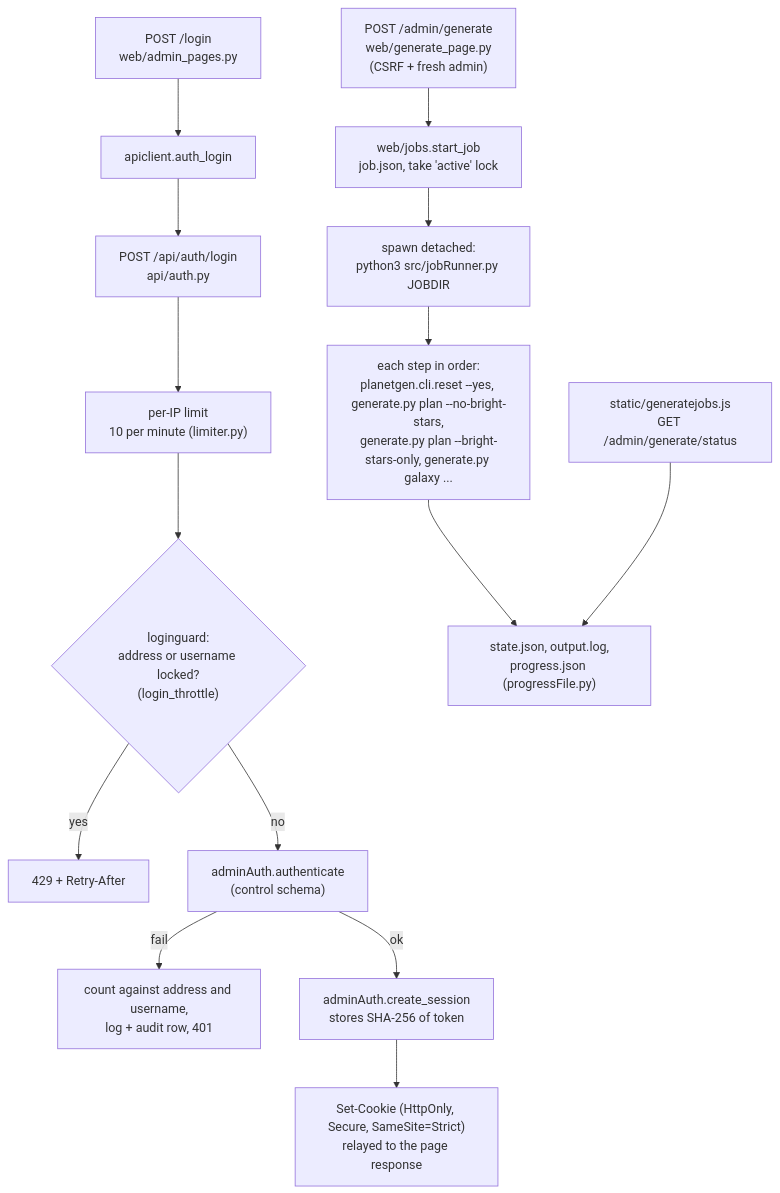
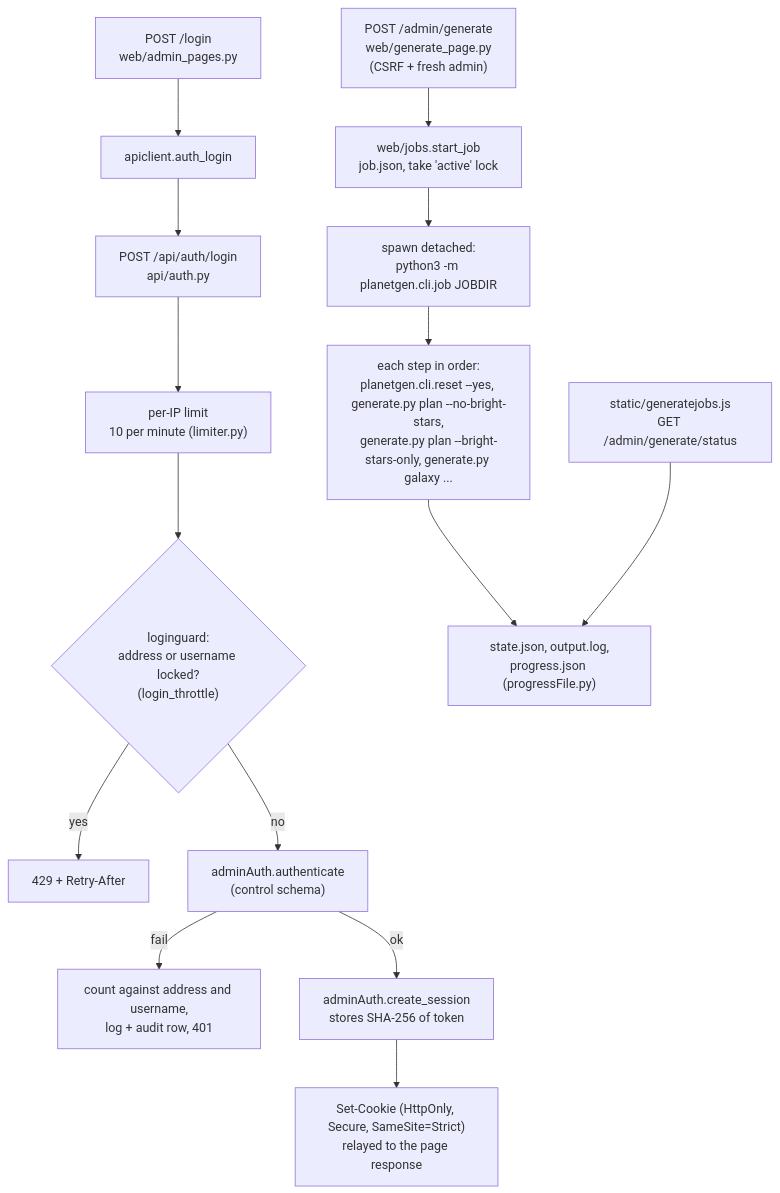
The seventh of 8 diagrams in docs/design/architecture.md (dwhagar/planetGen), drawn with Mermaid before and after one commit. The commit also changed other lines of this file and 35 other files, not shown here.

First line of the commit message:
Move the work queue and job runner into planetgen.queue and planetgen.cli.job (OPS.24 step 9) (#451)

````diff
--- a/docs/design/architecture.md
+++ b/docs/design/architecture.md
@@ -658,18 +658,18 @@
 ```mermaid
 flowchart TD
     LP["POST /login<br/>web/admin_pages.py"] --> ACL["apiclient.auth_login"]
     ACL --> AL["POST /api/auth/login<br/>api/auth.py"]
     AL --> RL["per-IP limit<br/>10 per minute (limiter.py)"]
     RL --> BO{"loginguard:<br/>address or username locked?<br/>(login_throttle)"}
     BO -->|"yes"| E429["429 + Retry-After"]
     BO -->|"no"| Auth["adminAuth.authenticate<br/>(control schema)"]
     Auth -->|"fail"| Rec["count against address and username,<br/>log + audit row, 401"]
     Auth -->|"ok"| Sess["adminAuth.create_session<br/>stores SHA-256 of token"]
     Sess --> Cookie["Set-Cookie (HttpOnly, Secure, SameSite=Strict)<br/>relayed to the page response"]
 
     Gen["POST /admin/generate<br/>web/generate_page.py<br/>(CSRF + fresh admin)"] --> SJ["web/jobs.start_job<br/>job.json, take 'active' lock"]
-    SJ --> Spawn["spawn detached:<br/>python3 src/jobRunner.py JOBDIR"]
+    SJ --> Spawn["spawn detached:<br/>python3 -m planetgen.cli.job JOBDIR"]
     Spawn --> Steps["each step in order:<br/>planetgen.cli.reset --yes, generate.py plan --no-bright-stars,<br/>generate.py plan --bright-stars-only, generate.py galaxy ..."]
     Steps --> Files["state.json, output.log,<br/>progress.json (progressFile.py)"]
     Poll["static/generatejobs.js<br/>GET /admin/generate/status"] --> Files
 ```
````
